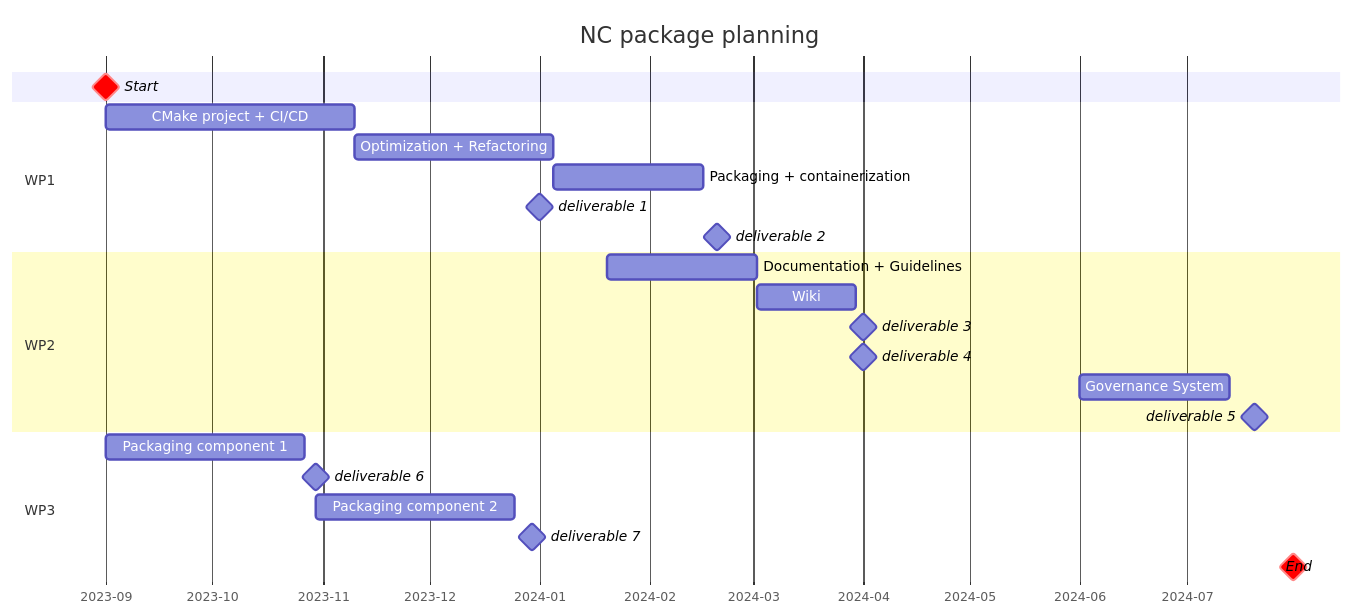
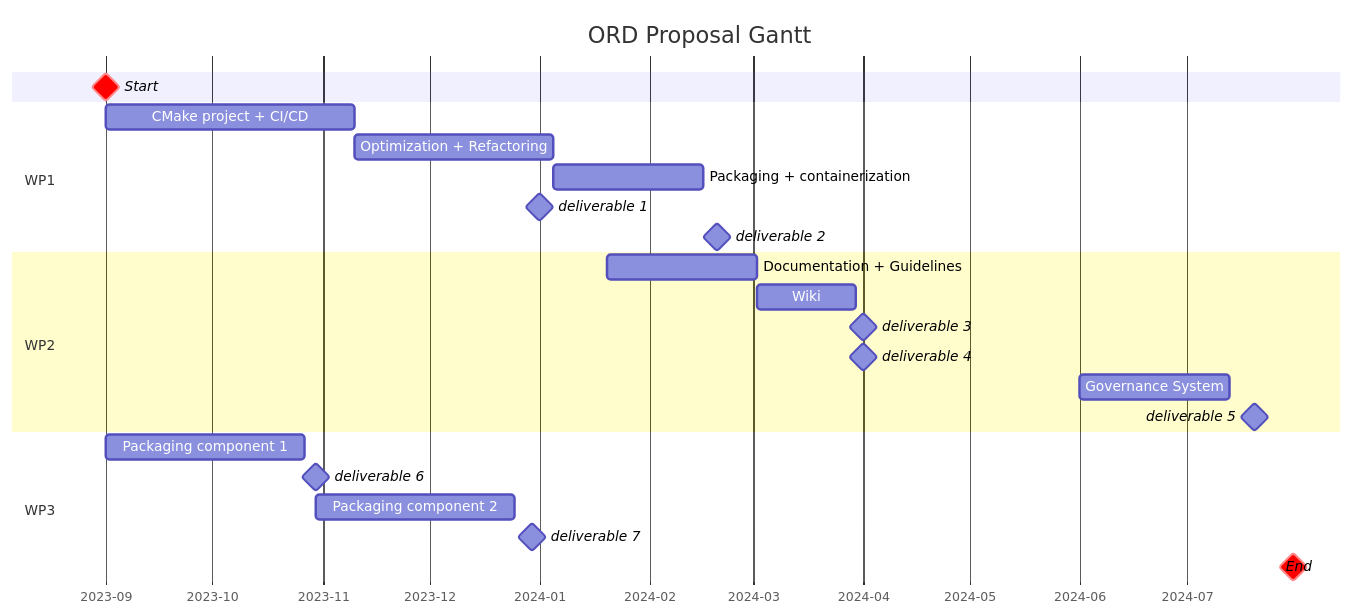
One commit to ibois-epfl/augmented-carpentry changed the first of 2 diagrams in README.md. Above: the diagram before and after it, drawn with Mermaid. The commit also changed other lines of this file, not shown here.

Commit message:
ADD: new planning for semester fall 2023-drat

````diff
--- a/README.md
+++ b/README.md
@@ -12,31 +10,31 @@
 ```mermaid
 gantt
     dateFormat  YYYY-MM-DD
-    title       NC package planning
+    title       ORD Proposal Gantt
     axisFormat %Y-%m
 
     Start                                                     :milestone, crit, strt, 2023-09-01, 0d
 
     section WP1
     CMake project + CI/CD                                     :cmkprj, 2023-09-01, 10w
     Optimization + Refactoring                                :ref, after cmkprj, 8w
     Packaging + containerization                              :packcont, after ref, 6w
     deliverable 1                                             :milestone, del1, 2024-01-01, 0d
     deliverable 2                                             :milestone, del2, 2024-02-20, 0d
 
     section WP2
     Documentation + Guidelines                                :docu, 2024-01-20, 6w
     Wiki                                                      :wiki, after docu, 4w
     deliverable 3                                             :milestone, del3, 2024-04-01, 0d
     deliverable 4                                             :milestone, del4, 2024-04-01, 0d
     Governance System                                         :gov, 2024-06-01, 6w
     deliverable 5                                             :milestone, del5, 2024-07-20, 0d
 
     section WP3
     Packaging component 1                                     :pack1, after strt, 8w
     deliverable 6                                             :milestone, del6, 2023-10-30, 0d
     Packaging component 2                                     :pack1, after del6, 8w
     deliverable 7                                             :milestone, del7, 2023-12-30, 0d
 
     End                                                       :milestone, crit, ender, 2024-07-31, 0d
 ```
````
